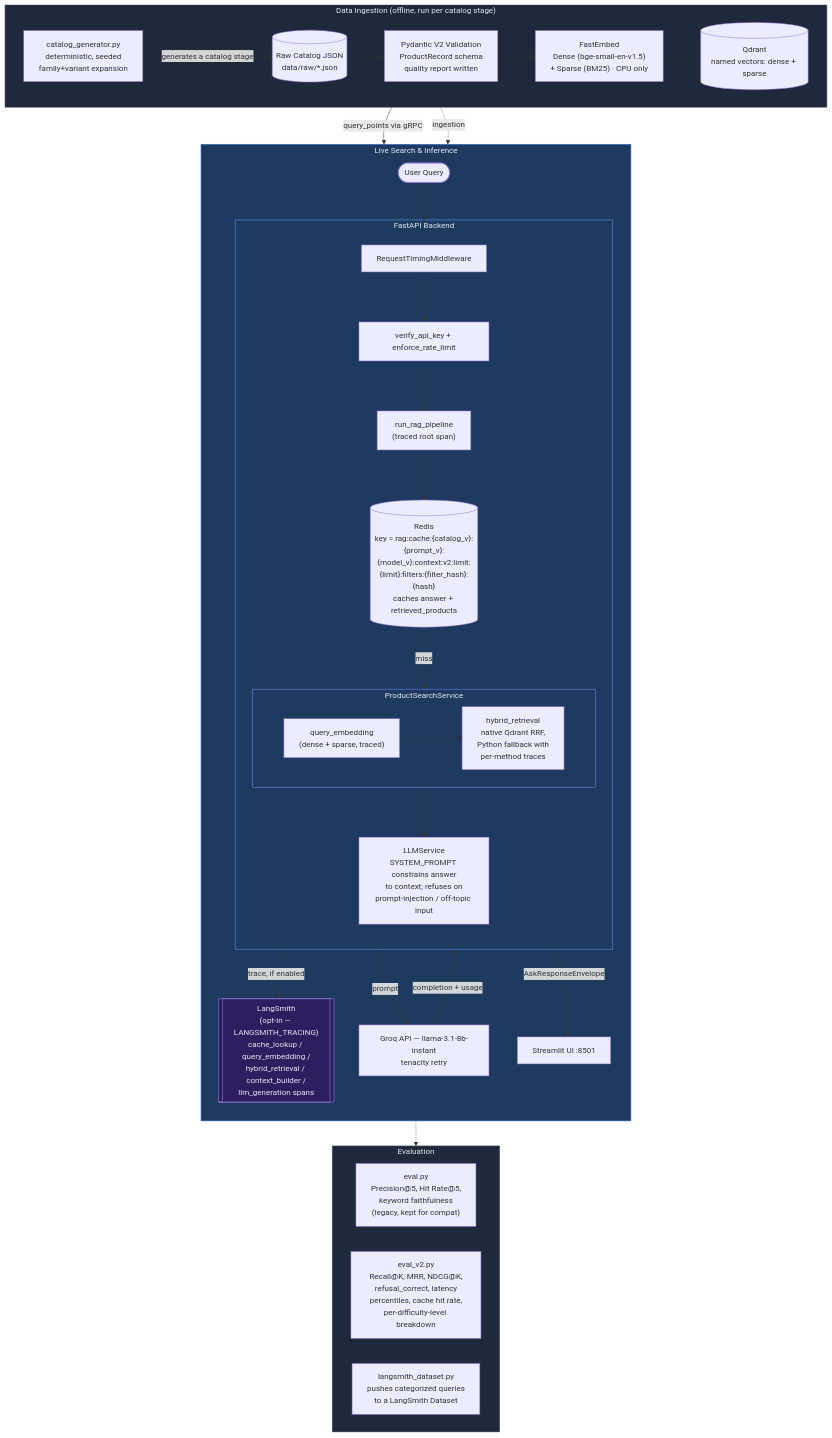
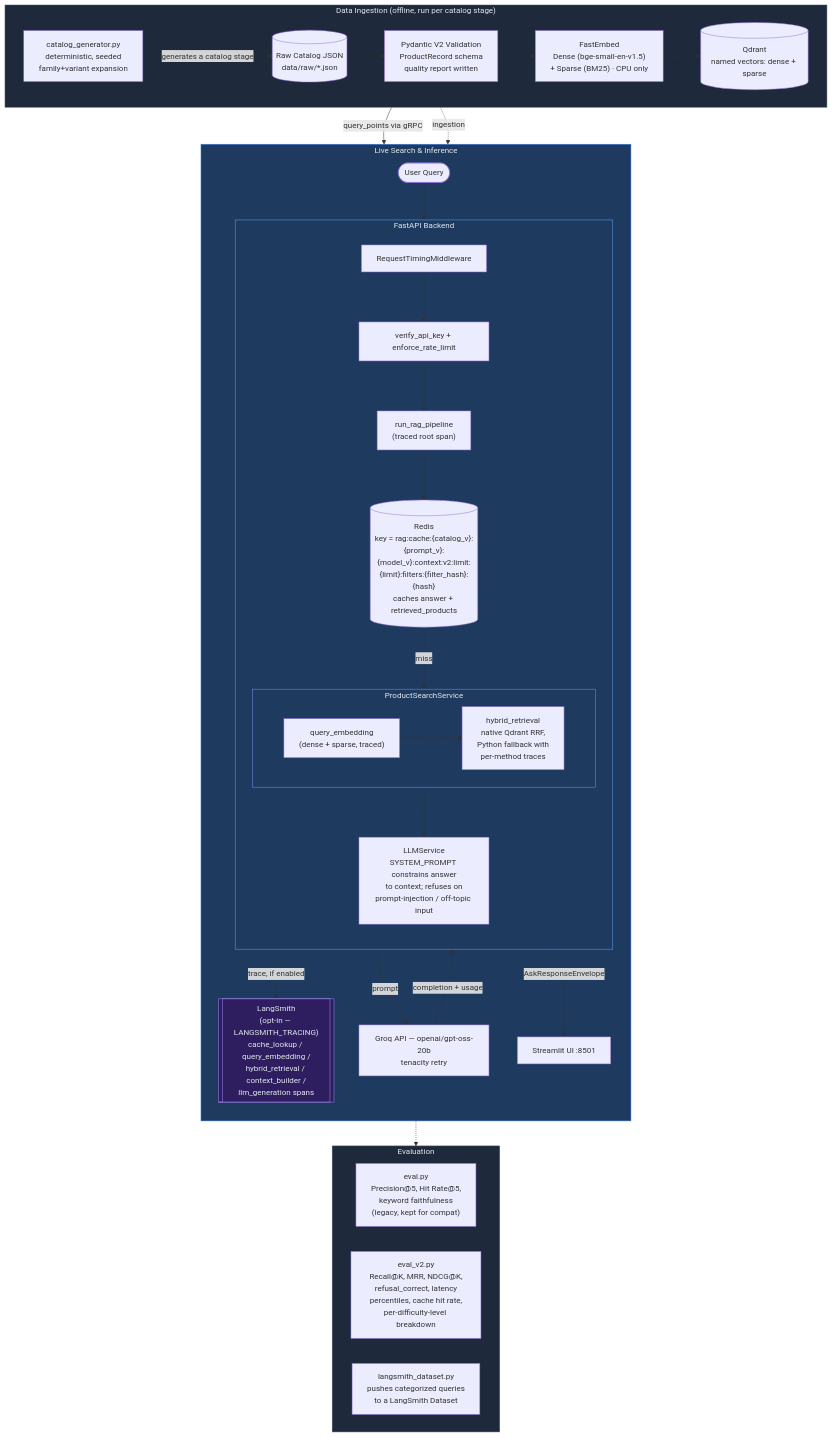
One commit to sunilsaini01/ecommerce-rag-engine changed the diagram in README.md. Above: the diagram before and after it, drawn with Mermaid. The commit also changed other lines of this file and 5 other files, not shown here.

First line of the commit message:
fix: replace retired Groq model with openai/gpt-oss-20b

````diff
--- a/README.md
+++ b/README.md
@@ -11,65 +11,65 @@
 ```mermaid
 flowchart TB
     subgraph OFFLINE["Data Ingestion (offline, run per catalog stage)"]
         direction LR
         A[("Raw Catalog JSON\ndata/raw/*.json")]
         G["catalog_generator.py\ndeterministic, seeded\nfamily+variant expansion"]
         B["Pydantic V2 Validation\nProductRecord schema\nquality report written"]
         C["FastEmbed\nDense (bge-small-en-v1.5)\n+ Sparse (BM25) · CPU only"]
         D[("Qdrant\nnamed vectors: dense + sparse")]
         G -.->|"generates a catalog stage"| A
         A --> B --> C --> D
     end
 
     subgraph ONLINE["Live Search & Inference"]
         direction TB
         U(["User Query"])
 
         subgraph FASTAPI["FastAPI Backend"]
             direction TB
             MW["RequestTimingMiddleware"]
             SEC["verify_api_key + enforce_rate_limit"]
             RAG["run_rag_pipeline\n(traced root span)"]
             CACHE[("Redis\nkey = rag:cache:{catalog_v}:{prompt_v}:{model_v}:context:v2:limit:{limit}:filters:{filter_hash}:{hash}\ncaches answer + retrieved_products")]
             subgraph CORE["ProductSearchService"]
                 direction LR
                 EMB["query_embedding\n(dense + sparse, traced)"]
                 FUSE["hybrid_retrieval\nnative Qdrant RRF,\nPython fallback with\nper-method traces"]
                 EMB --> FUSE
             end
             LLM["LLMService\nSYSTEM_PROMPT constrains answer\nto context; refuses on\nprompt-injection / off-topic input"]
             MW --> SEC --> RAG
             RAG --> CACHE
             CACHE -->|"miss"| CORE
             CORE --> LLM
         end
 
         LS[["LangSmith\n(opt-in — LANGSMITH_TRACING)\ncache_lookup / query_embedding /\nhybrid_retrieval / context_builder /\nllm_generation spans"]]
 
-        EXT["Groq API — llama-3.1-8b-instant\ntenacity retry"]
+        EXT["Groq API — openai/gpt-oss-20b\ntenacity retry"]
 
         U --> MW
         RAG -.->|"trace, if enabled"| LS
         LLM -->|"prompt"| EXT
         EXT -->|"completion + usage"| LLM
         RAG -->|"AskResponseEnvelope"| UI["Streamlit UI :8501"]
     end
 
     subgraph EVAL["Evaluation"]
         direction LR
         E1["eval.py\nPrecision@5, Hit Rate@5,\nkeyword faithfulness\n(legacy, kept for compat)"]
         E2["eval_v2.py\nRecall@K, MRR, NDCG@K,\nrefusal_correct, latency\npercentiles, cache hit rate,\nper-difficulty-level breakdown"]
         E3["langsmith_dataset.py\npushes categorized queries\nto a LangSmith Dataset"]
     end
 
     D -->|"query_points via gRPC"| CORE
     OFFLINE -.->|"ingestion"| ONLINE
     ONLINE -.-> EVAL
 
     style OFFLINE fill:#1e293b,stroke:#475569,color:#e2e8f0
     style ONLINE fill:#1e3a5f,stroke:#3b82f6,color:#e2e8f0
     style FASTAPI fill:#1e3a5f,stroke:#60a5fa,color:#e2e8f0
     style CORE fill:#1e3a5f,stroke:#818cf8,color:#e2e8f0
     style EVAL fill:#1e293b,stroke:#475569,color:#e2e8f0
     style LS fill:#2e1e5f,stroke:#a78bfa,color:#e2e8f0
 ```
````
